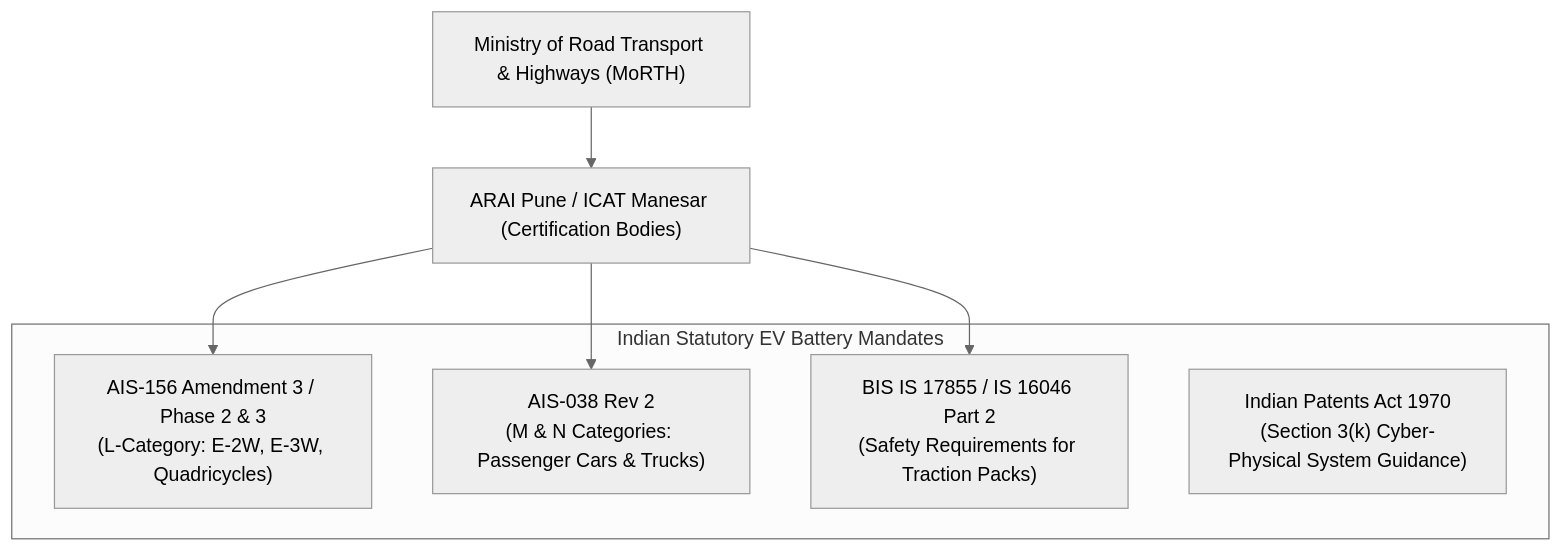
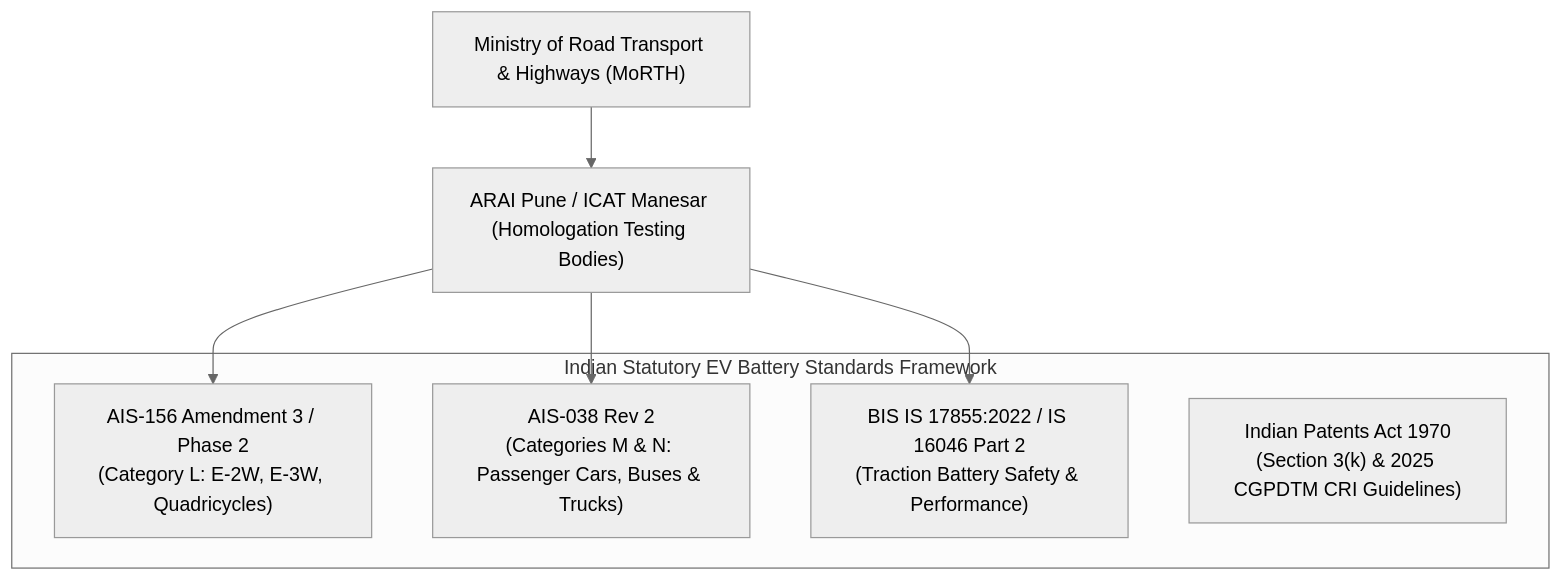
Before and after one commit to tanish-jain-225/Battery_State_Estimator_BE_Project_2026_2027: the first of 2 diagrams in docs/Resources/WEB_RESEARCH.md, drawn with Mermaid (neutral theme). The commit also changed other lines of this file and 22 other files, not shown here.

````diff
--- a/docs/Resources/WEB_RESEARCH.md
+++ b/docs/Resources/WEB_RESEARCH.md
@@ -79,17 +87,17 @@
 ```mermaid
 flowchart TD
     MoRTH["Ministry of Road Transport & Highways (MoRTH)"]
-    ARAI["ARAI Pune / ICAT Manesar (Certification Bodies)"]
+    ARAI["ARAI Pune / ICAT Manesar (Homologation Testing Bodies)"]
     MoRTH --> ARAI
 
-    subgraph Mandates ["Indian Statutory EV Battery Mandates"]
-        AIS156["AIS-156 Amendment 3 / Phase 2 & 3<br>(L-Category: E-2W, E-3W, Quadricycles)"]
-        AIS038["AIS-038 Rev 2<br>(M & N Categories: Passenger Cars & Trucks)"]
-        BIS["BIS IS 17855 / IS 16046 Part 2<br>(Safety Requirements for Traction Packs)"]
-        PATENT["Indian Patents Act 1970<br>(Section 3(k) Cyber-Physical System Guidance)"]
+    subgraph Mandates ["Indian Statutory EV Battery Standards Framework"]
+        AIS156["AIS-156 Amendment 3 / Phase 2<br>(Category L: E-2W, E-3W, Quadricycles)"]
+        AIS038["AIS-038 Rev 2<br>(Categories M & N: Passenger Cars, Buses & Trucks)"]
+        BIS["BIS IS 17855:2022 / IS 16046 Part 2<br>(Traction Battery Safety & Performance)"]
+        PATENT["Indian Patents Act 1970<br>(Section 3(k) & 2025 CGPDTM CRI Guidelines)"]
     end
 
     ARAI --> AIS156
     ARAI --> AIS038
     ARAI --> BIS
 ```
````
